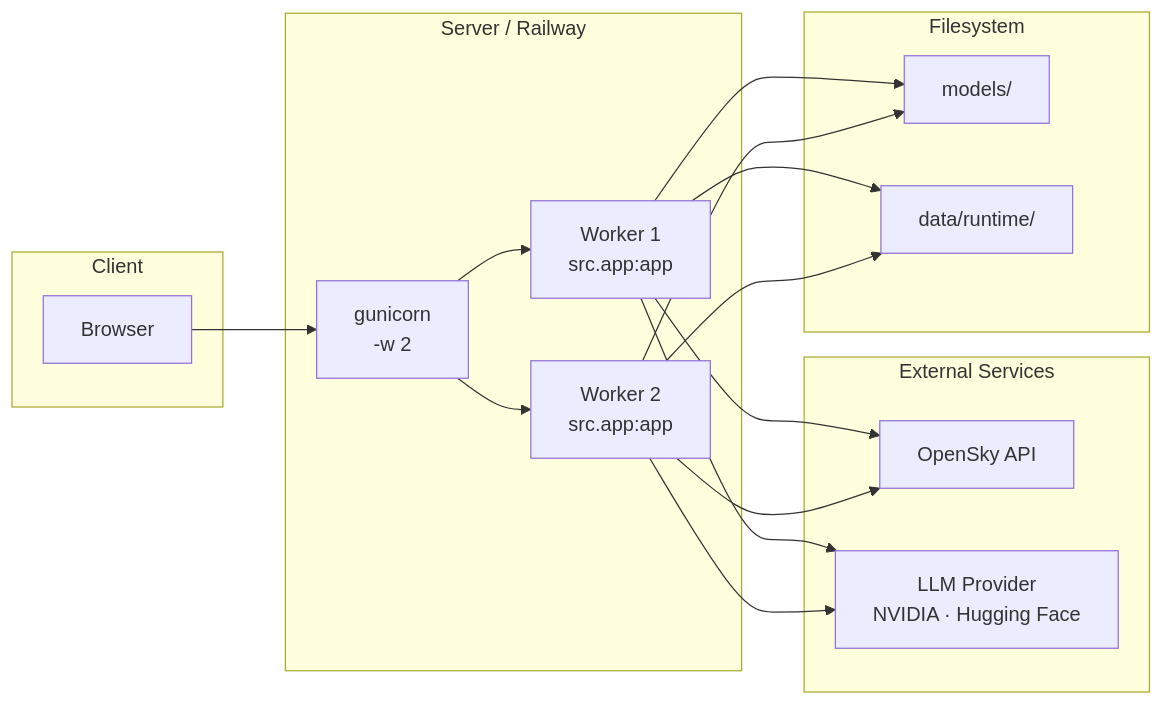
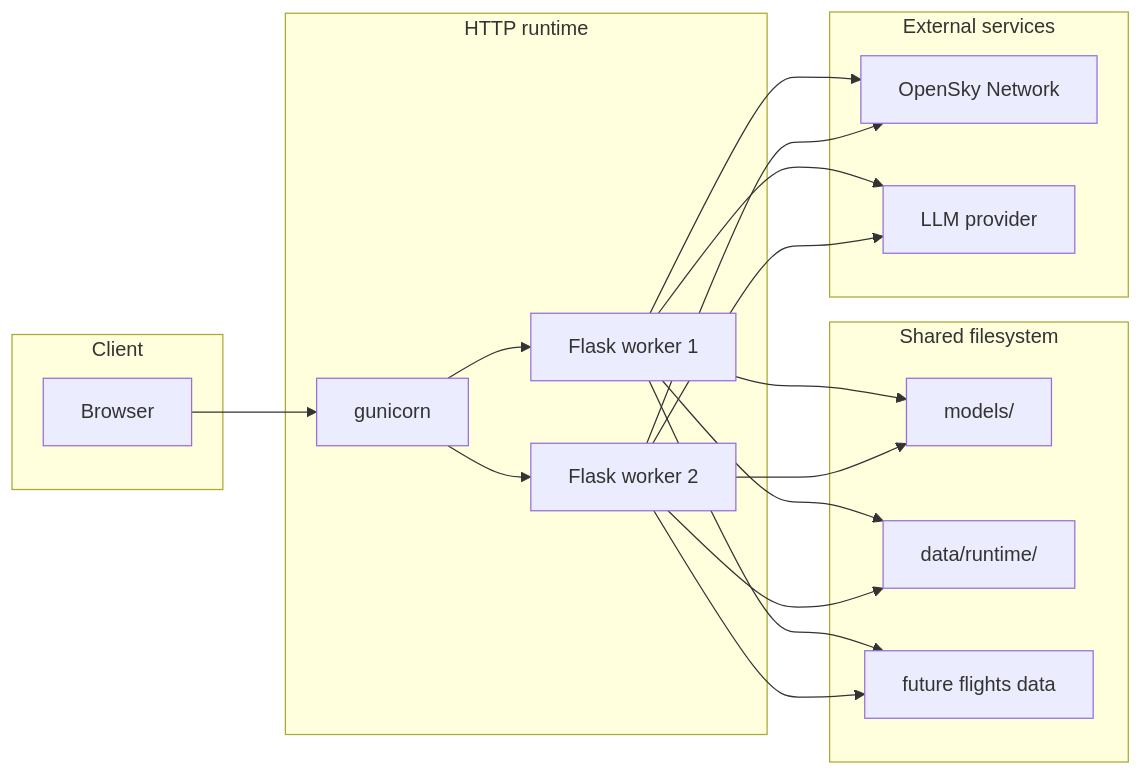
One commit to GuilhermeLossio/Tech-Challange-FIAP-3 changed the fifth of 5 diagrams in Architecture.md. Above: the diagram before and after it, drawn with Mermaid. The commit also changed other lines of this file, not shown here.

First line of the commit message:
Revise architecture documentation and component names

````diff
--- a/Architecture.md
+++ b/Architecture.md
@@ -270,28 +211,33 @@
 ```mermaid
 flowchart LR
     subgraph client[Client]
-        B[Browser]
+        BR[Browser]
     end
 
-    subgraph server[Server / Railway]
-        GU[gunicorn\n-w 2]
-        GU --> W1[Worker 1\nsrc.app:app]
-        GU --> W2[Worker 2\nsrc.app:app]
+    subgraph ingress[HTTP runtime]
+        GU[gunicorn]
+        W1[Flask worker 1]
+        W2[Flask worker 2]
     end
 
-    subgraph external[External Services]
-        OS[OpenSky API]
-        LLM[LLM Provider\nNVIDIA · Hugging Face]
+    subgraph localfs[Shared filesystem]
+        MOD[models/]
+        RUN[data/runtime/]
+        FUT[future flights data]
     end
 
-    subgraph fs[Filesystem]
-        MD[models/]
-        DD[data/runtime/]
+    subgraph ext[External services]
+        OSP[OpenSky Network]
+        LLM[LLM provider]
     end
 
-    B --> GU
-    W1 & W2 --> OS
+    BR --> GU
+    GU --> W1
+    GU --> W2
+
+    W1 & W2 --> MOD
+    W1 & W2 --> RUN
+    W1 & W2 --> FUT
+    W1 & W2 --> OSP
     W1 & W2 --> LLM
-    W1 & W2 --> MD
-    W1 & W2 --> DD
 ```
````
